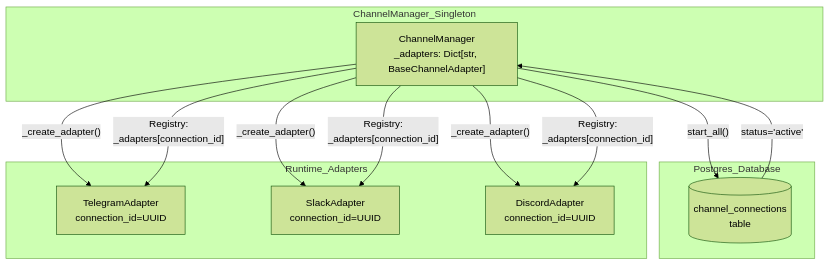
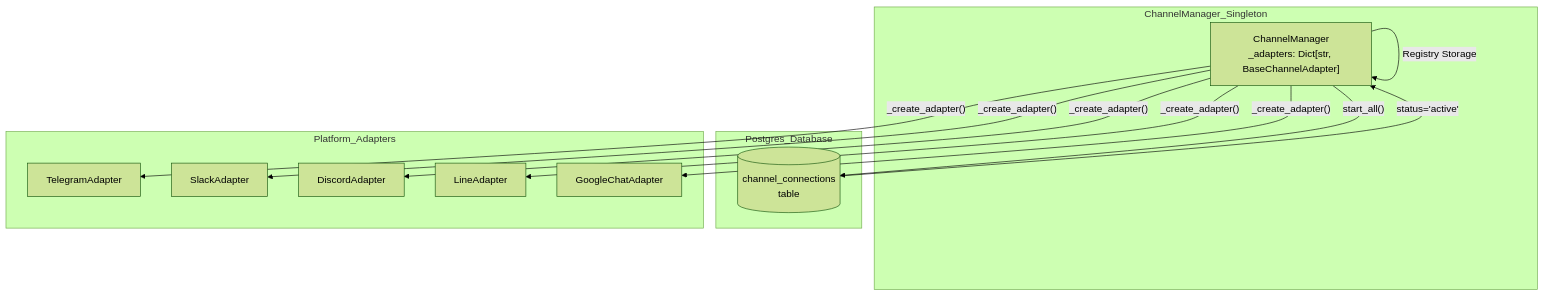
Before and after one commit to AutomatosAI/automatos-ai: the second of 3 diagrams in docs/channel-integrations/channel-architecture.md, drawn with Mermaid (forest theme). The commit also changed other lines of this file and 153 other files, not shown here.

````diff
--- a/docs/channel-integrations/channel-architecture.md
+++ b/docs/channel-integrations/channel-architecture.md
@@ -128,25 +112,27 @@
 ```mermaid
 graph TB
     subgraph "ChannelManager_Singleton"
         Manager["ChannelManager<br/>_adapters: Dict[str, BaseChannelAdapter]"]
     end
     
     subgraph "Postgres_Database"
         DB[("channel_connections<br/>table")]
     end
     
-    subgraph "Runtime_Adapters"
-        Telegram["TelegramAdapter<br/>connection_id=UUID"]
-        Slack["SlackAdapter<br/>connection_id=UUID"]
-        Discord["DiscordAdapter<br/>connection_id=UUID"]
+    subgraph "Platform_Adapters"
+        T["TelegramAdapter"]
+        S["SlackAdapter"]
+        D["DiscordAdapter"]
+        L["LineAdapter"]
+        G["GoogleChatAdapter"]
     end
     
     Manager -->|"start_all()"| DB
     DB -->|"status='active'"| Manager
-    Manager -->|"_create_adapter()"| Telegram
-    Manager -->|"_create_adapter()"| Slack
-    Manager -->|"_create_adapter()"| Discord
-    Manager -->|"Registry:<br/>_adapters[connection_id]"| Telegram
-    Manager -->|"Registry:<br/>_adapters[connection_id]"| Slack
-    Manager -->|"Registry:<br/>_adapters[connection_id]"| Discord
+    Manager -->|"_create_adapter()"| T
+    Manager -->|"_create_adapter()"| S
+    Manager -->|"_create_adapter()"| D
+    Manager -->|"_create_adapter()"| L
+    Manager -->|"_create_adapter()"| G
+    Manager -->|"Registry Storage"| Manager
 ```
````
